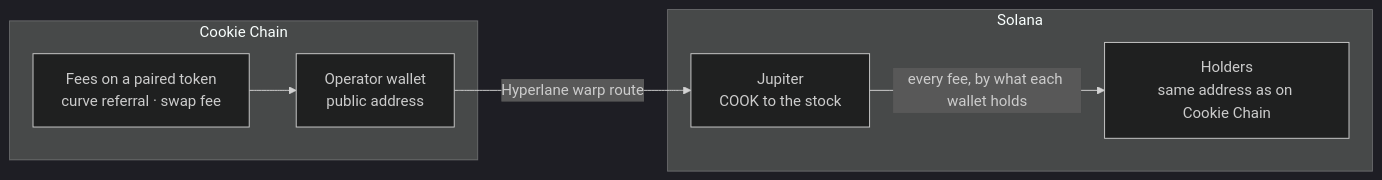
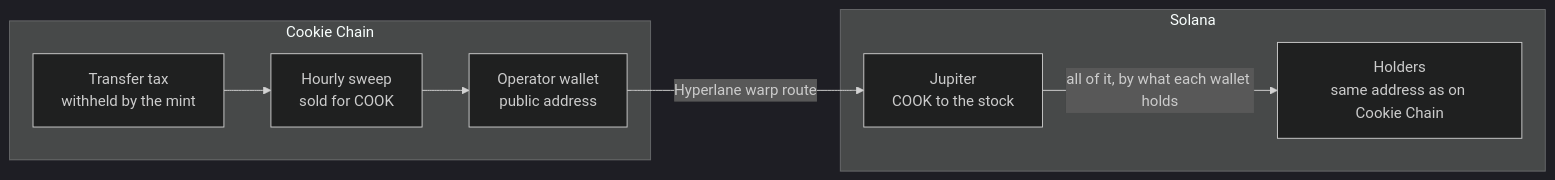
Before and after one commit to Vicape7/coorwa: the diagram in README.md, drawn with Mermaid (dark theme). The commit also changed other lines of this file, not shown here.

First line of the commit message:
The README describes the launch program and the transfer tax

````diff
--- a/README.md
+++ b/README.md
@@ -181,14 +190,15 @@
 ```mermaid
 flowchart LR
   subgraph CC["Cookie Chain"]
-    F["Fees on a paired token<br/>curve referral · swap fee"]
+    T["Transfer tax<br/>withheld by the mint"]
+    S["Hourly sweep<br/>sold for COOK"]
     O["Operator wallet<br/>public address"]
   end
   subgraph SOL["Solana"]
     J["Jupiter<br/>COOK to the stock"]
     H["Holders<br/>same address as on Cookie Chain"]
   end
-  F --> O
+  T --> S --> O
   O -- "Hyperlane warp route" --> J
-  J -- "every fee, by what each wallet holds" --> H
+  J -- "all of it, by what each wallet holds" --> H
 ```
````
